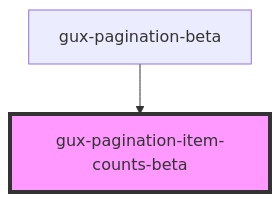
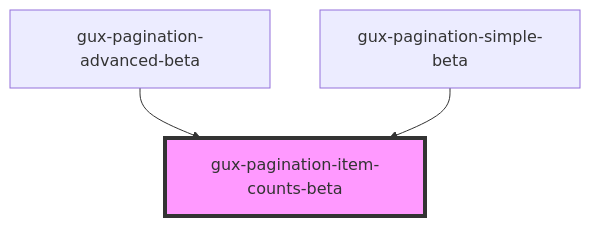
One commit to MyPureCloud/genesys-spark changed the diagram in src/components/beta/gux-pagination-beta/gux-pagination-item-counts-beta/readme.md. Above: the diagram before and after it, drawn with Mermaid. The commit also changed other lines of this file and 21 other files, not shown here.

Commit message:
feat(gux-pagination-beta): pagination options separate components, created pagination beta service

````diff
--- a/src/components/beta/gux-pagination-beta/gux-pagination-item-counts-beta/readme.md
+++ b/src/components/beta/gux-pagination-beta/gux-pagination-item-counts-beta/readme.md
@@ -26,5 +27,6 @@
 ```mermaid
 graph TD;
-  gux-pagination-beta --> gux-pagination-item-counts-beta
+  gux-pagination-advanced-beta --> gux-pagination-item-counts-beta
+  gux-pagination-simple-beta --> gux-pagination-item-counts-beta
   style gux-pagination-item-counts-beta fill:#f9f,stroke:#333,stroke-width:4px
 ```
````
